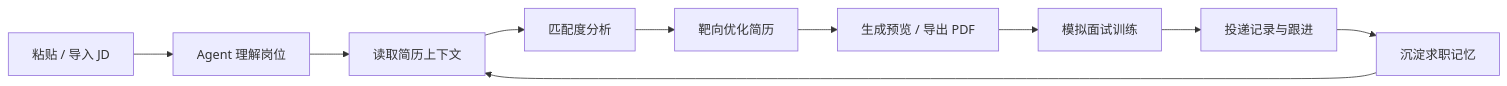
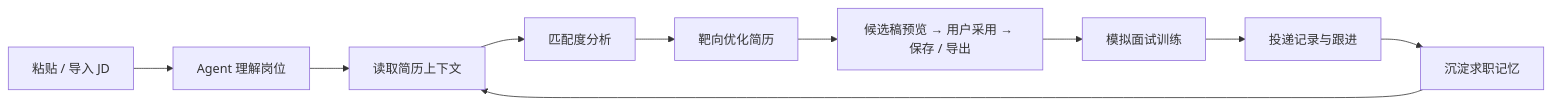
One commit to Shen-hk/CV-Job-Matcher changed the first of 3 diagrams in README.md. Above: the diagram before and after it, drawn with Mermaid. The commit also changed other lines of this file and 114 other files, not shown here.

````diff
--- a/README.md
+++ b/README.md
@@ -50,12 +50,12 @@
 ```mermaid
 flowchart LR
     A["粘贴 / 导入 JD"] --> B["Agent 理解岗位"]
     B --> C["读取简历上下文"]
     C --> D["匹配度分析"]
     D --> E["靶向优化简历"]
-    E --> F["生成预览 / 导出 PDF"]
+    E --> F["候选稿预览 → 用户采用 → 保存 / 导出"]
     F --> G["模拟面试训练"]
     G --> H["投递记录与跟进"]
     H --> I["沉淀求职记忆"]
     I --> C
 ```
````
